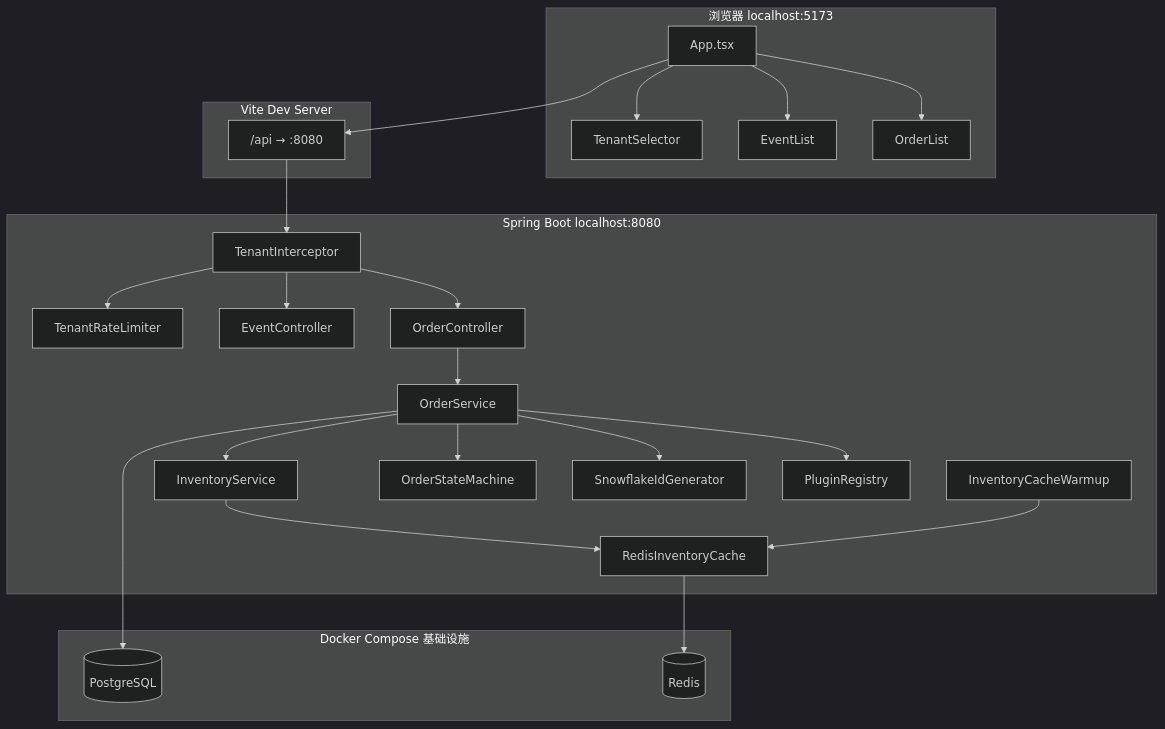
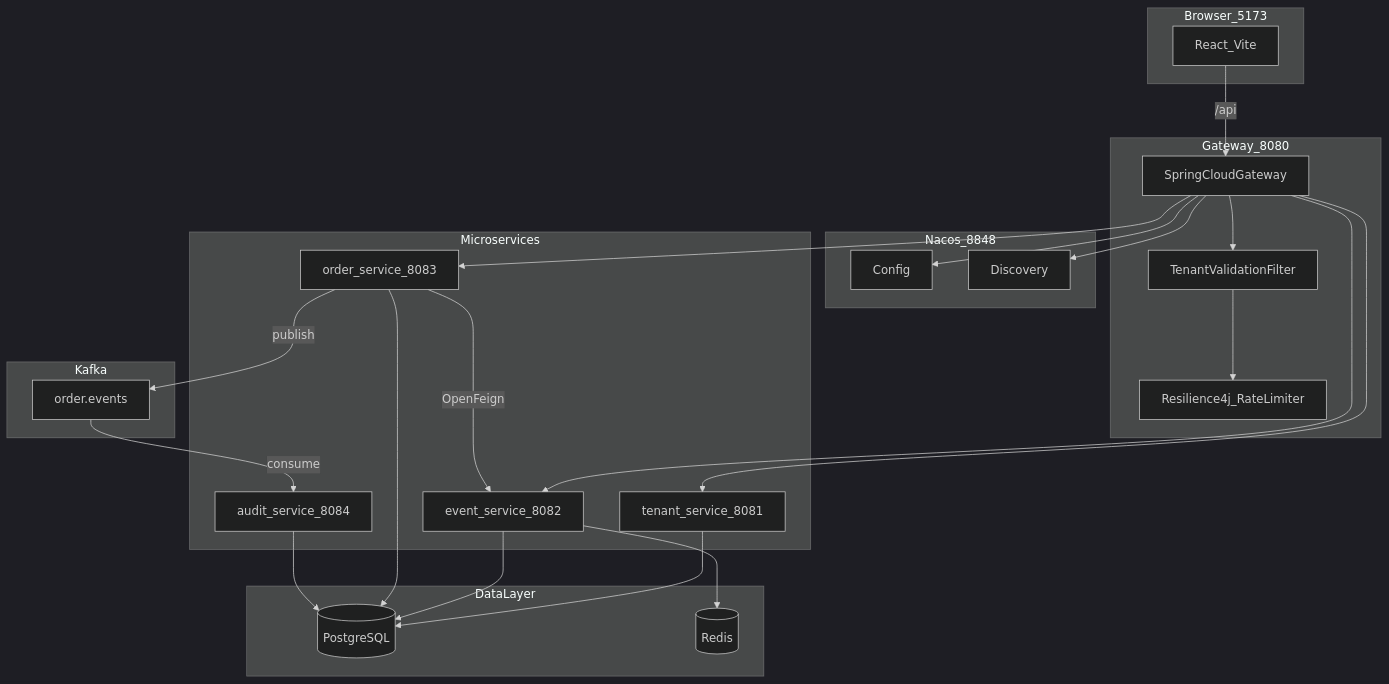
The diagram in docs/ARCHITECTURE.md (liweinan/ticket_demo), drawn with Mermaid (dark theme) before and after one commit. The commit also changed other lines of this file and 97 other files, not shown here.

Commit message:
Evolve monolithic backend into Spring Cloud microservices with Nacos, Kafka, and Gateway rate limiting.

````diff
--- a/docs/ARCHITECTURE.md
+++ b/docs/ARCHITECTURE.md
@@ -9,49 +9,49 @@
 ```mermaid
 flowchart TB
-  subgraph browser [浏览器 localhost:5173]
-    App[App.tsx]
-    TenantSel[TenantSelector]
-    EventList[EventList]
-    OrderList[OrderList]
-    App --> TenantSel
-    App --> EventList
-    App --> OrderList
+  subgraph browser [Browser_5173]
+    FE[React_Vite]
   end
 
-  subgraph vite [Vite Dev Server]
-    Proxy["/api → :8080"]
+  subgraph gateway [Gateway_8080]
+    GW[SpringCloudGateway]
+    RL[Resilience4j_RateLimiter]
+    TV[TenantValidationFilter]
+    GW --> TV --> RL
   end
 
-  subgraph infra [Docker Compose 基础设施]
+  subgraph nacos [Nacos_8848]
+    NC[Config]
+    ND[Discovery]
+  end
+
+  subgraph services [Microservices]
+    TS[tenant_service_8081]
+    ES[event_service_8082]
+    OS[order_service_8083]
+    AS[audit_service_8084]
+  end
+
+  subgraph messaging [Kafka]
+    TOPIC[order.events]
+  end
+
+  subgraph data [DataLayer]
     PG[(PostgreSQL)]
     RD[(Redis)]
   end
 
-  subgraph backend [Spring Boot localhost:8080]
-    TI[TenantInterceptor]
-    RL[TenantRateLimiter]
-    EC[EventController]
-    OC[OrderController]
-    OS[OrderService]
-    IS[InventoryService]
-    IC[RedisInventoryCache]
-    WU[InventoryCacheWarmup]
-    SM[OrderStateMachine]
-    SF[SnowflakeIdGenerator]
-    PR[PluginRegistry]
-    App --> Proxy
-    Proxy --> TI
-    TI --> RL
-    TI --> EC
-    TI --> OC
-    OC --> OS
-    OS --> IS
-    OS --> SM
-    OS --> SF
-    OS --> PR
-    IS --> IC
-    IC --> RD
-    WU --> IC
-    OS --> PG
-  end
+  FE -->|"/api"| GW
+  GW --> TS
+  GW --> ES
+  GW --> OS
+  OS -->|OpenFeign| ES
+  OS -->|publish| TOPIC
+  TOPIC -->|consume| AS
+  TS --> PG
+  ES --> PG
+  ES --> RD
+  OS --> PG
+  AS --> PG
+  GW --> NC
+  GW --> ND
 ```
````
